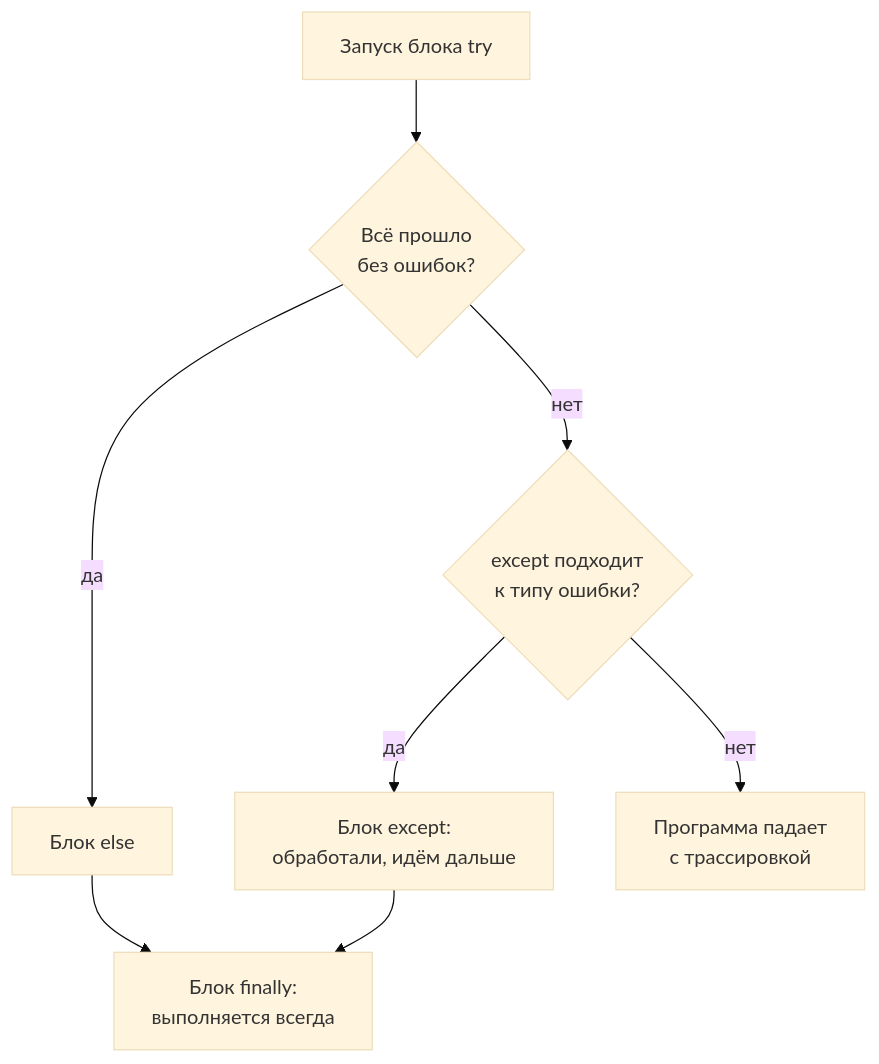
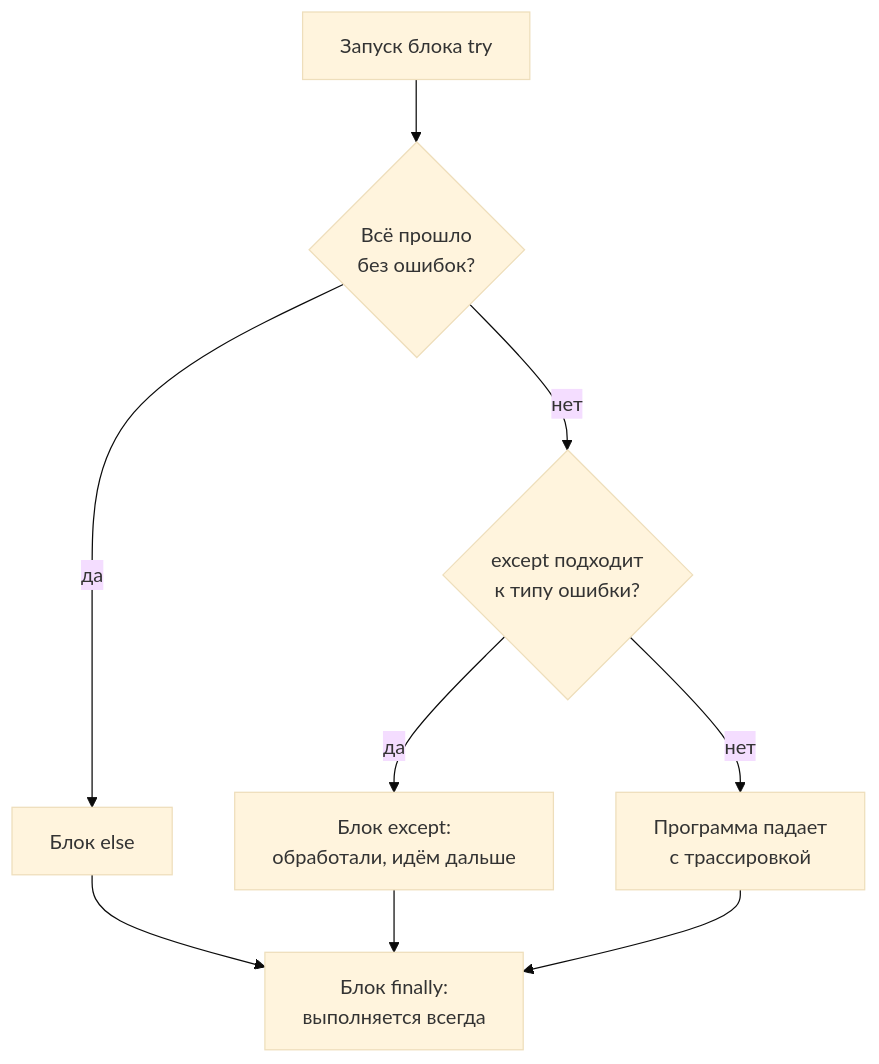
One commit to distinguished-sre/load-tester changed the second of 2 diagrams in 04-python/03-functions-errors.md. Above: the diagram before and after it, drawn with Mermaid (base theme). The commit also changed other lines of this file and 6 other files, not shown here.

````diff
--- a/04-python/03-functions-errors.md
+++ b/04-python/03-functions-errors.md
@@ -43,10 +205,11 @@
 ```mermaid
 flowchart TD
     A["Запуск блока try"] --> B{"Всё прошло<br/>без ошибок?"}
     B -->|да| C["Блок else"]
     B -->|нет| D{"except подходит<br/>к типу ошибки?"}
     D -->|да| E["Блок except:<br/>обработали, идём дальше"]
     D -->|нет| F["Программа падает<br/>с трассировкой"]
     C --> G["Блок finally:<br/>выполняется всегда"]
     E --> G
+    F --> G
 ```
````
